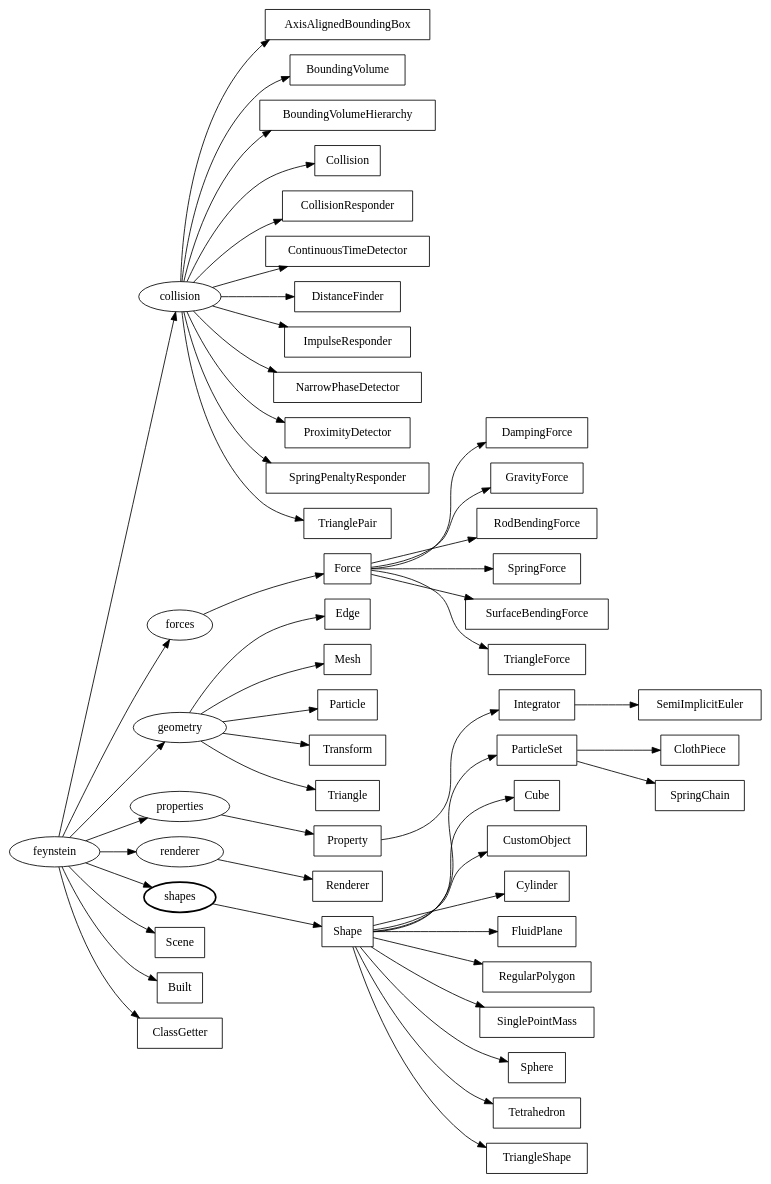
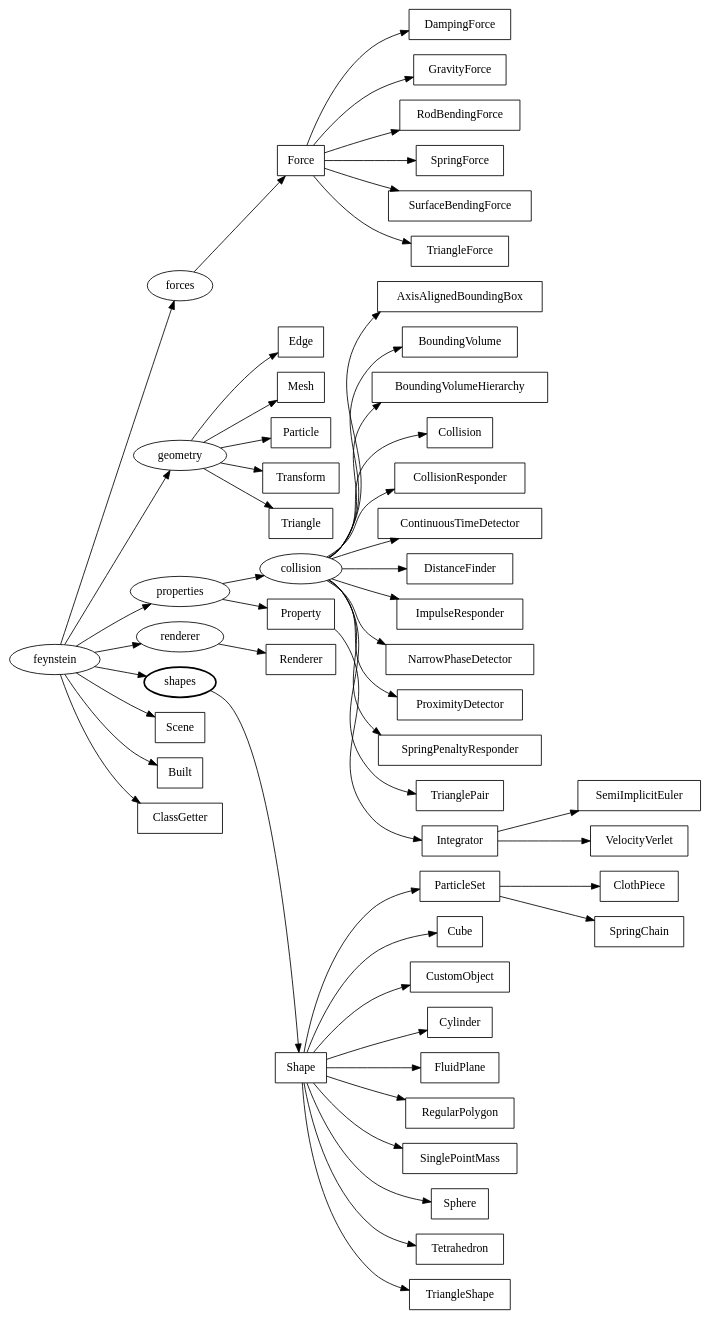
Before and after one commit to haldean/feynstein: the diagram in writeup/figures/eeblock.dot, drawn with Graphviz. The commit also changed 16 other files, not shown here.

```diff
--- a/writeup/figures/eeblock.dot
+++ b/writeup/figures/eeblock.dot
@@ -1,64 +1,65 @@
 digraph eeblock {
 	rankdir="LR";
 	
 	feynstein collision forces geometry properties renderer shapes [style=bold];
 	node [shape="rect"];
 	EdgeNode [label="Edge"];
 
 	feynstein -> Scene;
 	feynstein -> Built;
 	feynstein -> ClassGetter;
 	
-	feynstein -> collision;
+	properties -> collision;
 	collision -> AxisAlignedBoundingBox;
 	collision -> BoundingVolume;
 	collision -> BoundingVolumeHierarchy;
 	collision -> Collision;
 	collision -> CollisionResponder;
 	collision -> ContinuousTimeDetector;
 	collision -> DistanceFinder;
 	collision -> ImpulseResponder;
 	collision -> NarrowPhaseDetector;
 	collision -> ProximityDetector;
 	collision -> SpringPenaltyResponder;
 	collision -> TrianglePair;
 
 	feynstein -> forces;
 	forces -> Force;
 	Force -> DampingForce;
 	Force -> GravityForce;
 	Force -> RodBendingForce;
 	Force -> SpringForce;
 	Force -> SurfaceBendingForce;
 	Force -> TriangleForce;
 
 	feynstein -> geometry;
 	geometry -> EdgeNode;
 	geometry -> Mesh;
 	geometry -> Particle;
 	geometry -> Transform;
 	geometry -> Triangle;
 
 	feynstein -> properties;
 	properties -> Property;
 	Property -> Integrator;
 	Integrator -> SemiImplicitEuler;
+	Integrator -> VelocityVerlet;
 
 	feynstein -> renderer;
 	renderer -> Renderer;
 
 	feynstein -> shapes;
 	shapes -> Shape;
 	Shape -> ParticleSet;
 	ParticleSet -> ClothPiece;
 	Shape -> Cube;
 	Shape -> CustomObject;
 	Shape -> Cylinder;
 	Shape -> FluidPlane;
 	Shape -> RegularPolygon;
 	Shape -> SinglePointMass;
 	Shape -> Sphere;
 	ParticleSet -> SpringChain;
 	Shape -> Tetrahedron;
 	Shape -> TriangleShape;
 }
```
